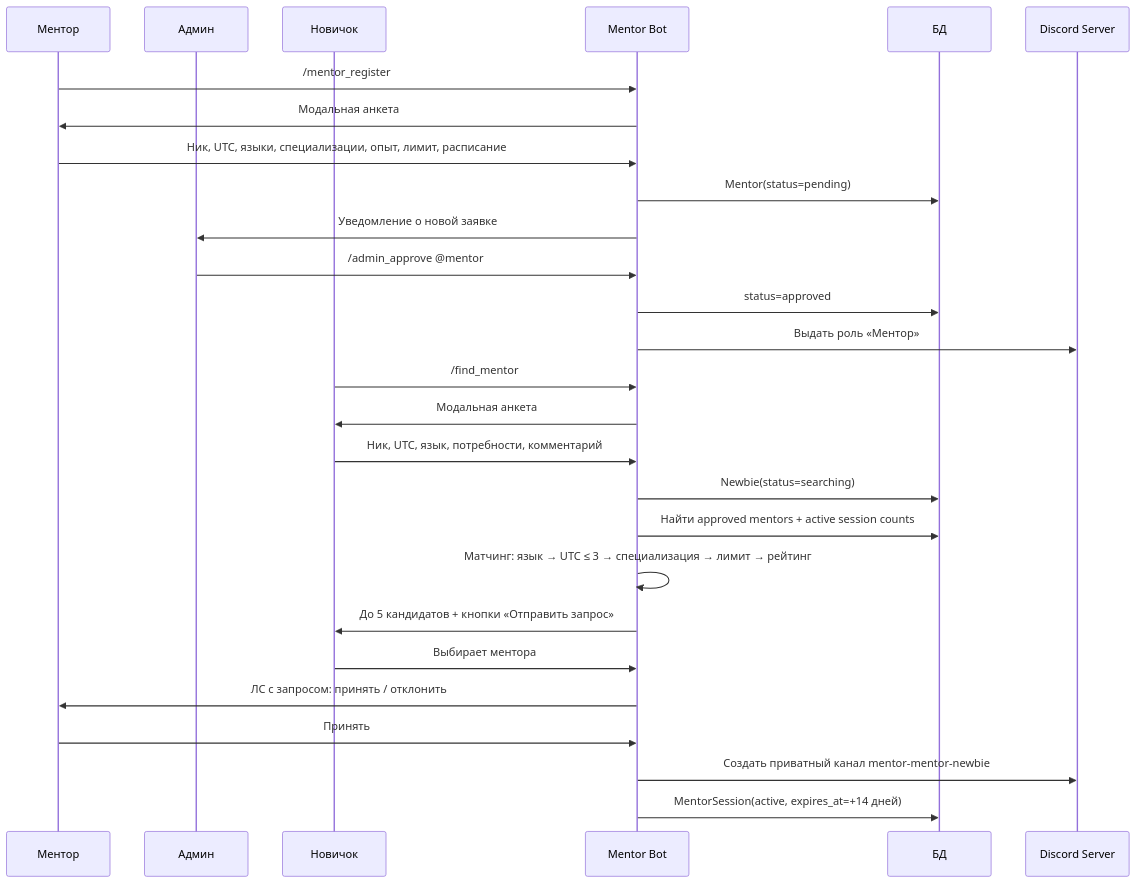
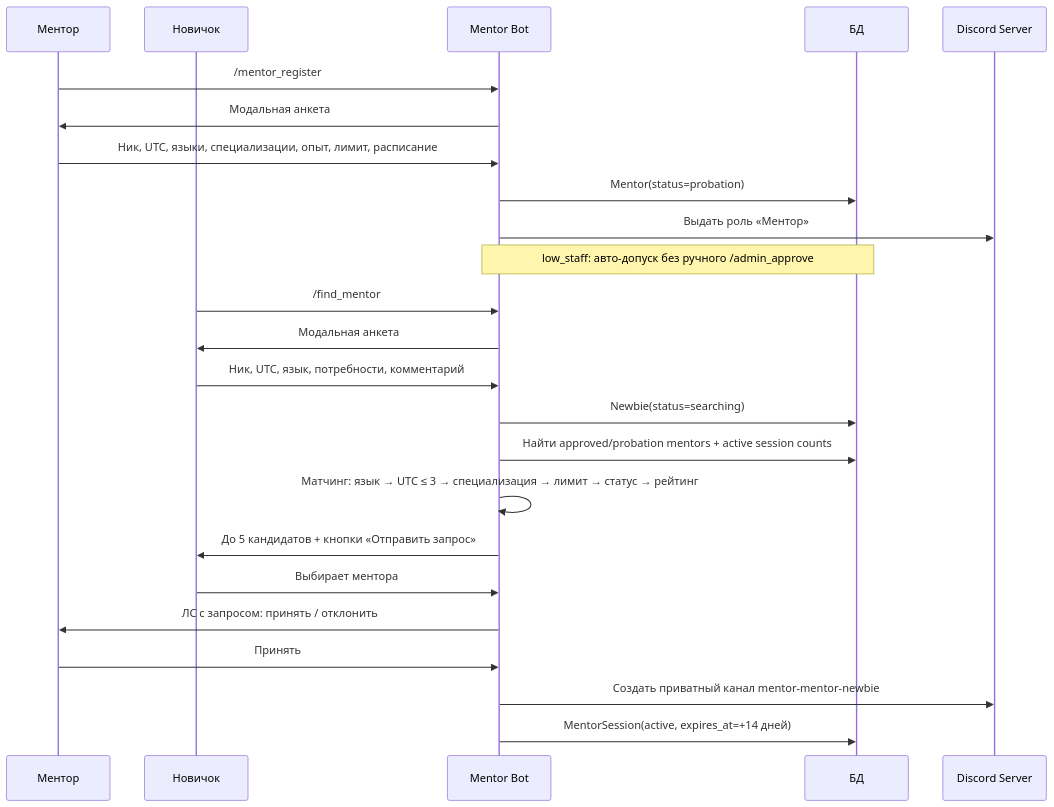
Before and after one commit to 10macluni/mentor_bot: the second of 5 diagrams in docs/mentor_bot_visualization.md, drawn with Mermaid. The commit also changed other lines of this file and 14 other files, not shown here.

Commit message:
Implement low_staff mode as primary mode

````diff
--- a/docs/mentor_bot_visualization.md
+++ b/docs/mentor_bot_visualization.md
@@ -19,31 +19,28 @@
 ```mermaid
 sequenceDiagram
     participant Mentor as Ментор
-    participant Admin as Админ
     participant Newbie as Новичок
     participant Bot as Mentor Bot
     participant DB as БД
     participant Discord as Discord Server
 
     Mentor->>Bot: /mentor_register
     Bot->>Mentor: Модальная анкета
     Mentor->>Bot: Ник, UTC, языки, специализации, опыт, лимит, расписание
-    Bot->>DB: Mentor(status=pending)
-    Bot->>Admin: Уведомление о новой заявке
-    Admin->>Bot: /admin_approve @mentor
-    Bot->>DB: status=approved
+    Bot->>DB: Mentor(status=probation)
     Bot->>Discord: Выдать роль «Ментор»
+    Note over Bot,DB: low_staff: авто-допуск без ручного /admin_approve
 
     Newbie->>Bot: /find_mentor
     Bot->>Newbie: Модальная анкета
     Newbie->>Bot: Ник, UTC, язык, потребности, комментарий
     Bot->>DB: Newbie(status=searching)
-    Bot->>DB: Найти approved mentors + active session counts
-    Bot->>Bot: Матчинг: язык → UTC ≤ 3 → специализация → лимит → рейтинг
+    Bot->>DB: Найти approved/probation mentors + active session counts
+    Bot->>Bot: Матчинг: язык → UTC ≤ 3 → специализация → лимит → статус → рейтинг
     Bot->>Newbie: До 5 кандидатов + кнопки «Отправить запрос»
     Newbie->>Bot: Выбирает ментора
     Bot->>Mentor: ЛС с запросом: принять / отклонить
     Mentor->>Bot: Принять
     Bot->>Discord: Создать приватный канал mentor-mentor-newbie
     Bot->>DB: MentorSession(active, expires_at=+14 дней)
 ```
````
